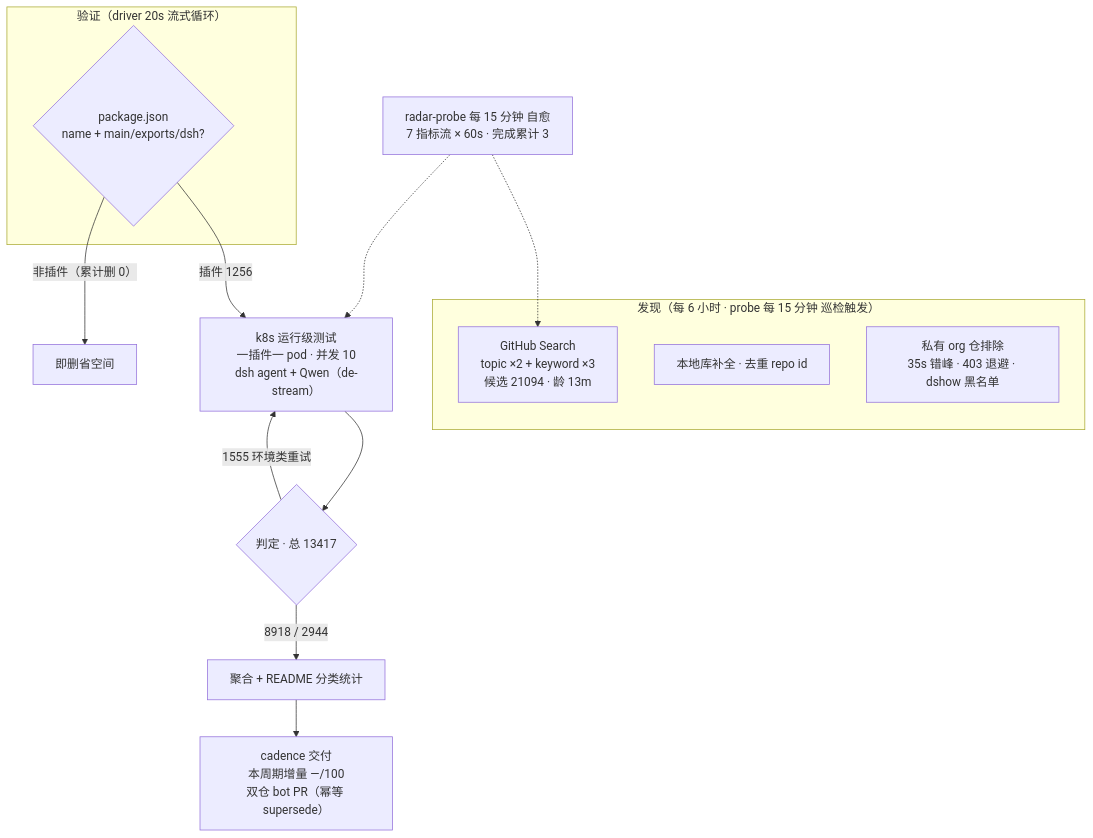
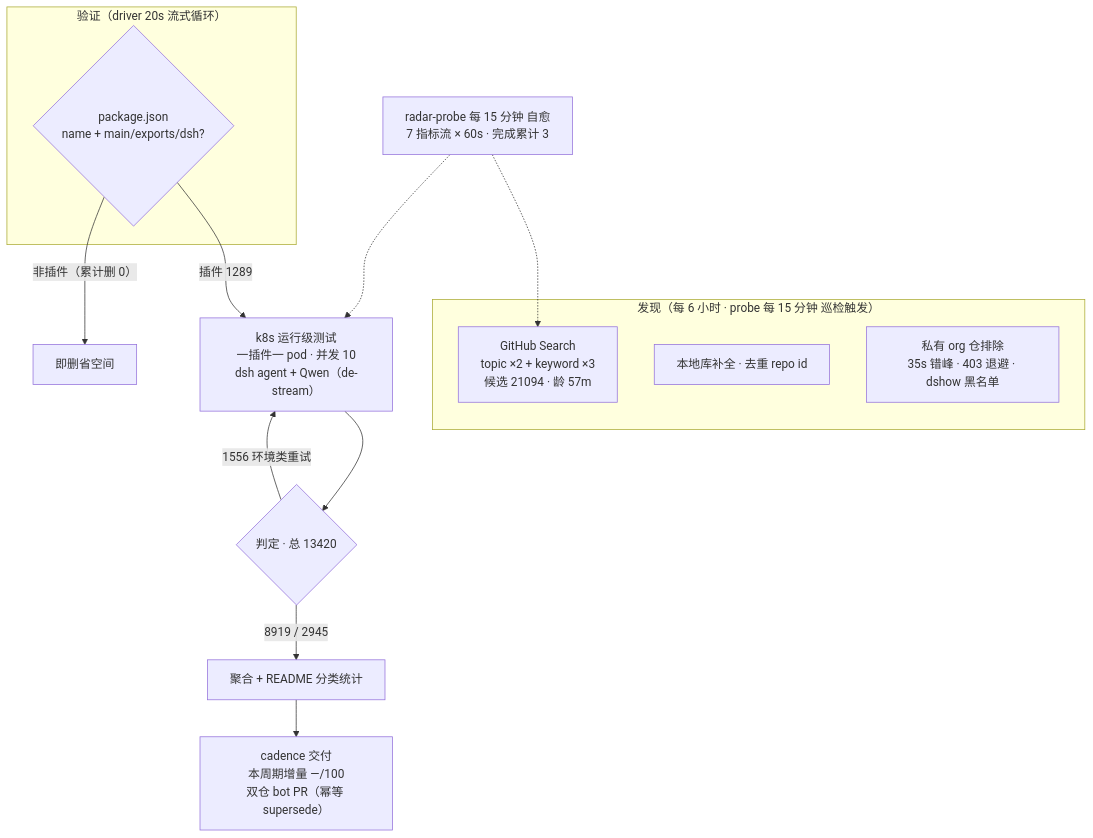
Before and after one commit to 1420079678-ctrl/dsh-plugin-radar: the diagram in README.md, drawn with Mermaid. The commit also changed other lines of this file and 12 other files, not shown here.

````diff
--- a/README.md
+++ b/README.md
@@ -52,20 +52,20 @@
 ```mermaid
 flowchart TB
     subgraph Discovery["发现（每 6 小时 · probe 每 15 分钟 巡检触发）"]
-        A1["GitHub Search<br/>topic ×2 + keyword ×3<br/>候选 21094 · 龄 13m"]
+        A1["GitHub Search<br/>topic ×2 + keyword ×3<br/>候选 21094 · 龄 57m"]
         A2["本地库补全 · 去重 repo id"]
         A3["私有 org 仓排除<br/>35s 错峰 · 403 退避 · dshow 黑名单"]
     end
     subgraph Validation["验证（driver 20s 流式循环）"]
         B1{"package.json<br/>name + main/exports/dsh?"}
     end
-    B1 -->|"插件 1256"| C1["k8s 运行级测试<br/>一插件一 pod · 并发 10<br/>dsh agent + Qwen（de-stream）"]
+    B1 -->|"插件 1289"| C1["k8s 运行级测试<br/>一插件一 pod · 并发 10<br/>dsh agent + Qwen（de-stream）"]
     B1 -->|"非插件（累计删 0）"| B3["即删省空间"]
-    C1 --> D1{"判定 · 总 13417"}
-    D1 -->|"8918 / 2944"| E1["聚合 + README 分类统计"]
-    D1 -->|"1555 环境类重试"| C1
+    C1 --> D1{"判定 · 总 13420"}
+    D1 -->|"8919 / 2945"| E1["聚合 + README 分类统计"]
+    D1 -->|"1556 环境类重试"| C1
     E1 --> E2["cadence 交付<br/>本周期增量 —/100<br/>双仓 bot PR（幂等 supersede）"]
     M["radar-probe 每 15 分钟 自愈<br/>7 指标流 × 60s · 完成累计 3"]
     M -.-> A1
     M -.-> C1
 ```
````
